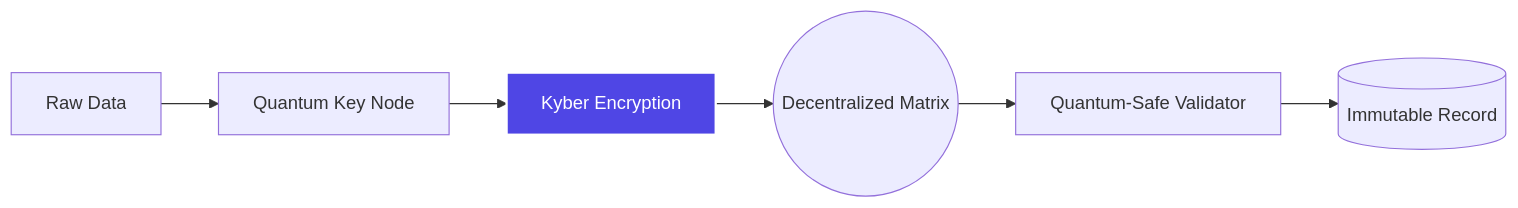
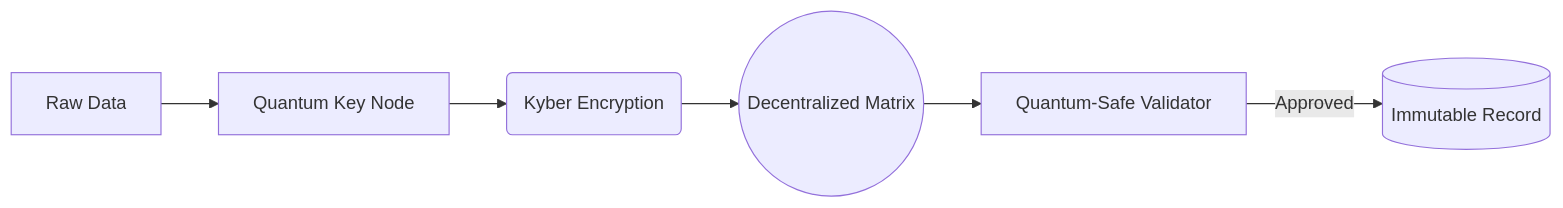
One commit to Ze0ro99/PiRC changed the third of 4 diagrams in README.md. Above: the diagram before and after it, drawn with Mermaid. The commit also changed other lines of this file and 377 other files, not shown here.

````diff
--- a/README.md
+++ b/README.md
@@ -58,9 +48,8 @@
 ```mermaid
 graph LR
-    Payload[Raw Data] --> QKD[Quantum Key Node]
-    QKD --> Wrap[Kyber Encryption]
-    Wrap --> Sync((Decentralized Matrix))
-    Sync --> Val[Quantum-Safe Validator]
-    Val --> Ledger[(Immutable Record)]
-    style Wrap fill:#4f46e5,stroke:#fff,stroke-width:2px,color:#fff
+    A[Raw Data] --> B[Quantum Key Node]
+    B --> C(Kyber Encryption)
+    C --> D((Decentralized Matrix))
+    D --> E[Quantum-Safe Validator]
+    E -->|Approved| F[(Immutable Record)]
 ```
````
